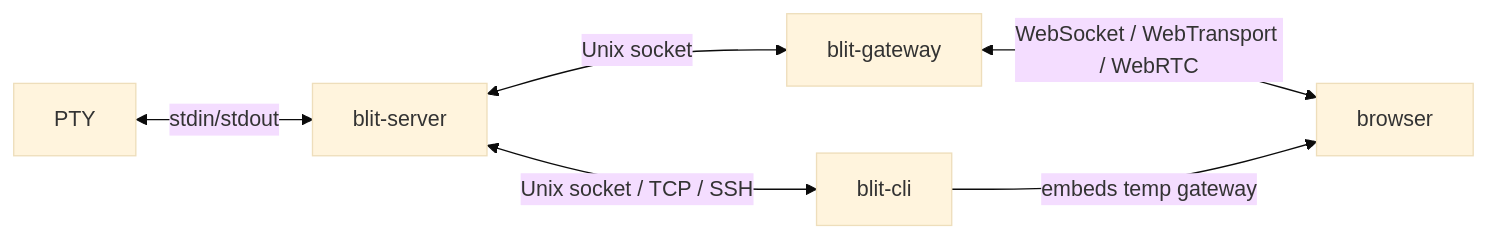
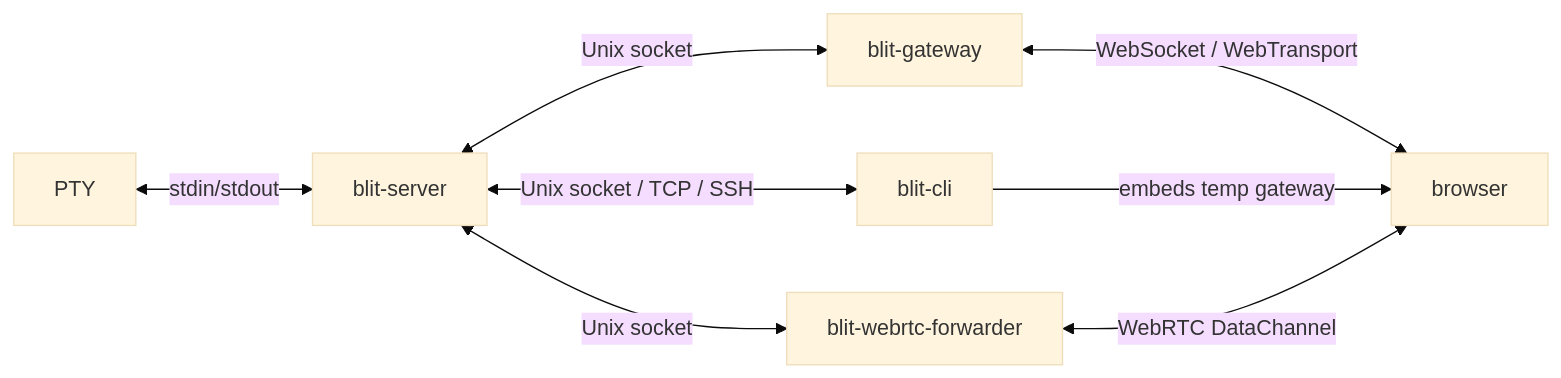
Before and after one commit to indent-com/blit: the first of 3 diagrams in ARCHITECTURE.md, drawn with Mermaid (base theme). The commit also changed other lines of this file and 4 other files, not shown here.

First line of the commit message:
Update docs, man pages, and skills for blit share/server and blit-webrtc-forwarder.

````diff
--- a/ARCHITECTURE.md
+++ b/ARCHITECTURE.md
@@ -9,8 +9,10 @@
 ```mermaid
 graph LR
     PTY <-->|stdin/stdout| S[blit-server]
     S <-->|Unix socket| G[blit-gateway]
-    G <-->|WebSocket / WebTransport / WebRTC| B[browser]
+    G <-->|WebSocket / WebTransport| B[browser]
     S <-->|Unix socket / TCP / SSH| C[blit-cli]
     C -->|embeds temp gateway| B
+    S <-->|Unix socket| F[blit-webrtc-forwarder]
+    F <-->|WebRTC DataChannel| B
 ```
````
